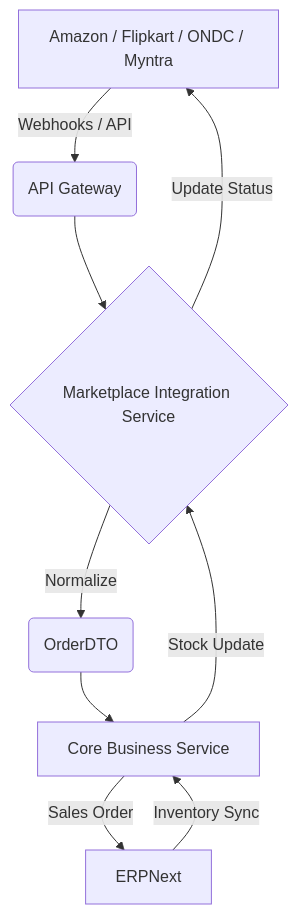
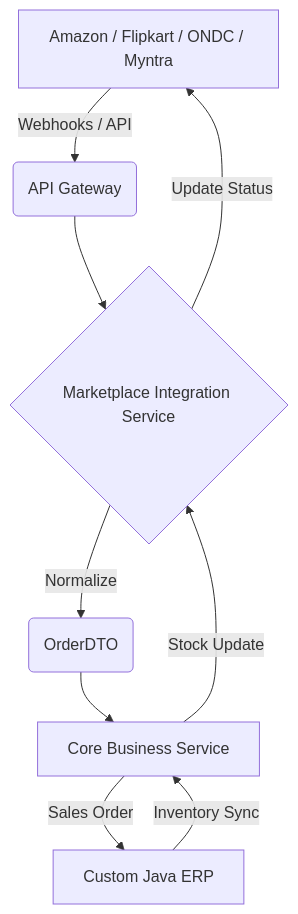
One commit to i-vasu/ECommerceApplication changed the diagram in docs/HIGH_LEVEL_ARCHITECTURE.md. Above: the diagram before and after it, drawn with Mermaid. The commit also changed other lines of this file and 333 other files, not shown here.

````diff
--- a/docs/HIGH_LEVEL_ARCHITECTURE.md
+++ b/docs/HIGH_LEVEL_ARCHITECTURE.md
@@ -8,11 +8,11 @@
 ```mermaid
 graph TD
     A[Amazon / Flipkart / ONDC / Myntra] -->|Webhooks / API| B(API Gateway)
     B --> C{Marketplace Integration Service}
     C -->|Normalize| D(OrderDTO)
     D --> E[Core Business Service]
-    E -->|Sales Order| F[ERPNext]
+    E -->|Sales Order| F[Custom Java ERP]
     F -->|Inventory Sync| E
     E -->|Stock Update| C
     C -->|Update Status| A
 ```
````
